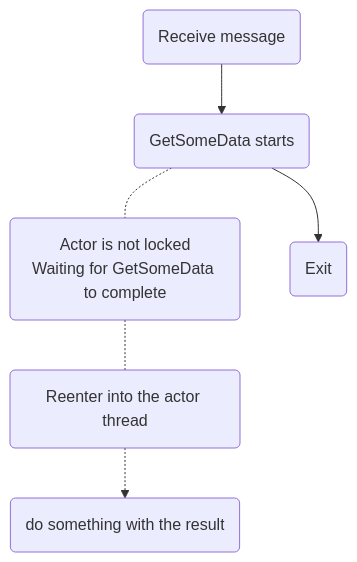
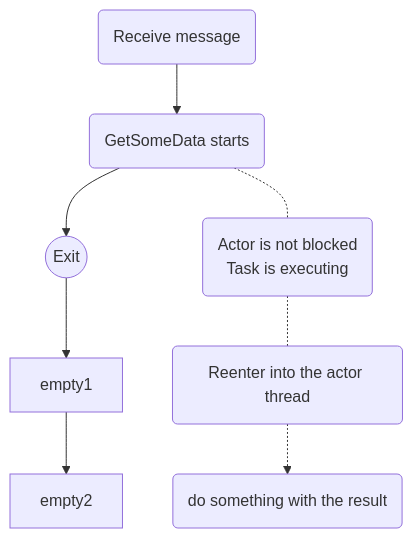
Before and after one commit to asynkron/protoactor-website: the second of 2 diagrams in hugo/content/docs/reenter.md, drawn with Mermaid. The commit also changed other lines of this file, not shown here.

````diff
--- a/hugo/content/docs/reenter.md
+++ b/hugo/content/docs/reenter.md
@@ -66,15 +70,16 @@
 ```mermaid
     graph TB
     receive(Receive message)
     start(GetSomeData starts)
     await(Reenter into the actor thread)
-    blocked(Actor is not locked<br>Waiting for GetSomeData to complete)
-    class blocked gray
+    blocked(Actor is not blocked<br>Task is executing)
+    class blocked green
     rest(do something with the result)
-    exit(Exit)
+    exit((Exit))
+    class exit gray
 
-receive --> start --> exit
+receive --> start --> exit --> empty1 --> empty2
 start -.- blocked -.- await -.-> rest
 
 
 ```
````
